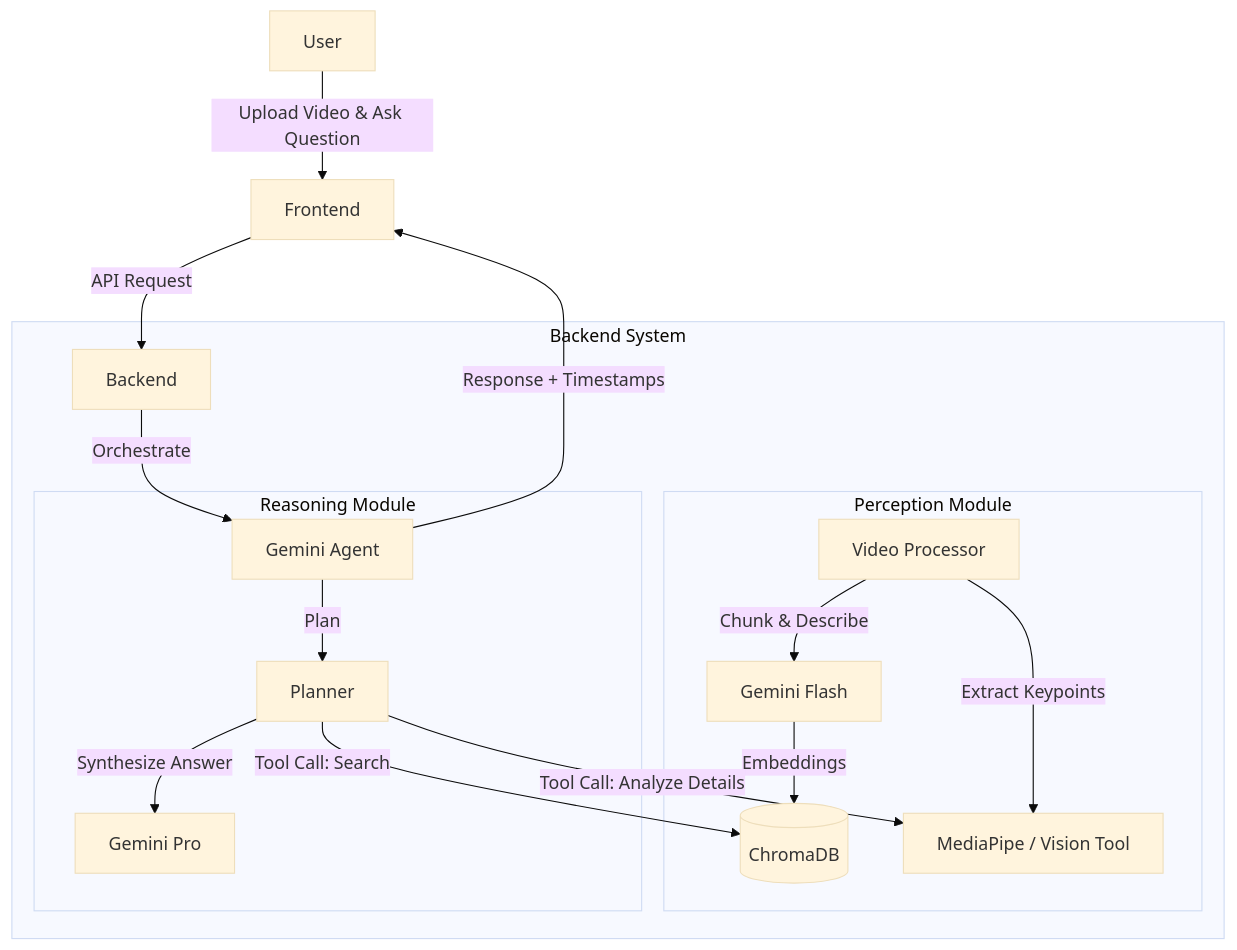
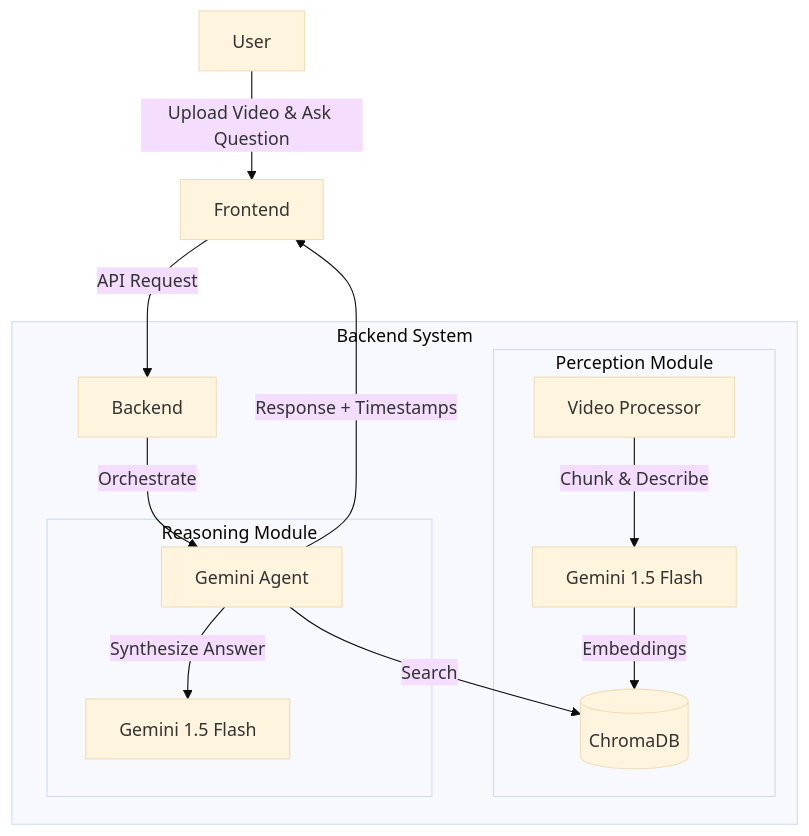
Before and after one commit to dfk007/LongVideo-Human_Motion_Analysis_Agent: the diagram in README.md, drawn with Mermaid (base theme). The commit also changed other lines of this file and 102 other files, not shown here.

````diff
--- a/README.md
+++ b/README.md
@@ -16,24 +38,21 @@
 ```mermaid
 graph TD
     User[User] -->|Upload Video & Ask Question| Frontend
     Frontend -->|API Request| Backend
     
     subgraph "Backend System"
         Backend -->|Orchestrate| Agent[Gemini Agent]
         
         subgraph "Perception Module"
-            VideoProcessor[Video Processor] -->|Chunk & Describe| LLM_Vision[Gemini Flash]
+            VideoProcessor[Video Processor] -->|Chunk & Describe| LLM_Vision[Gemini 1.5 Flash]
             LLM_Vision -->|Embeddings| ChromaDB[(ChromaDB)]
-            VideoProcessor -->|Extract Keypoints| PoseEstimator[MediaPipe / Vision Tool]
         end
         
         subgraph "Reasoning Module"
-            Agent -->|Plan| Planner
-            Planner -->|Tool Call: Search| ChromaDB
-            Planner -->|Tool Call: Analyze Details| PoseEstimator
-            Planner -->|Synthesize Answer| LLM_Reasoning[Gemini Pro]
+            Agent -->|Search| ChromaDB
+            Agent -->|Synthesize Answer| LLM_Reasoning[Gemini 1.5 Flash]
         end
     end
     
     Agent -->|Response + Timestamps| Frontend
 ```
````
